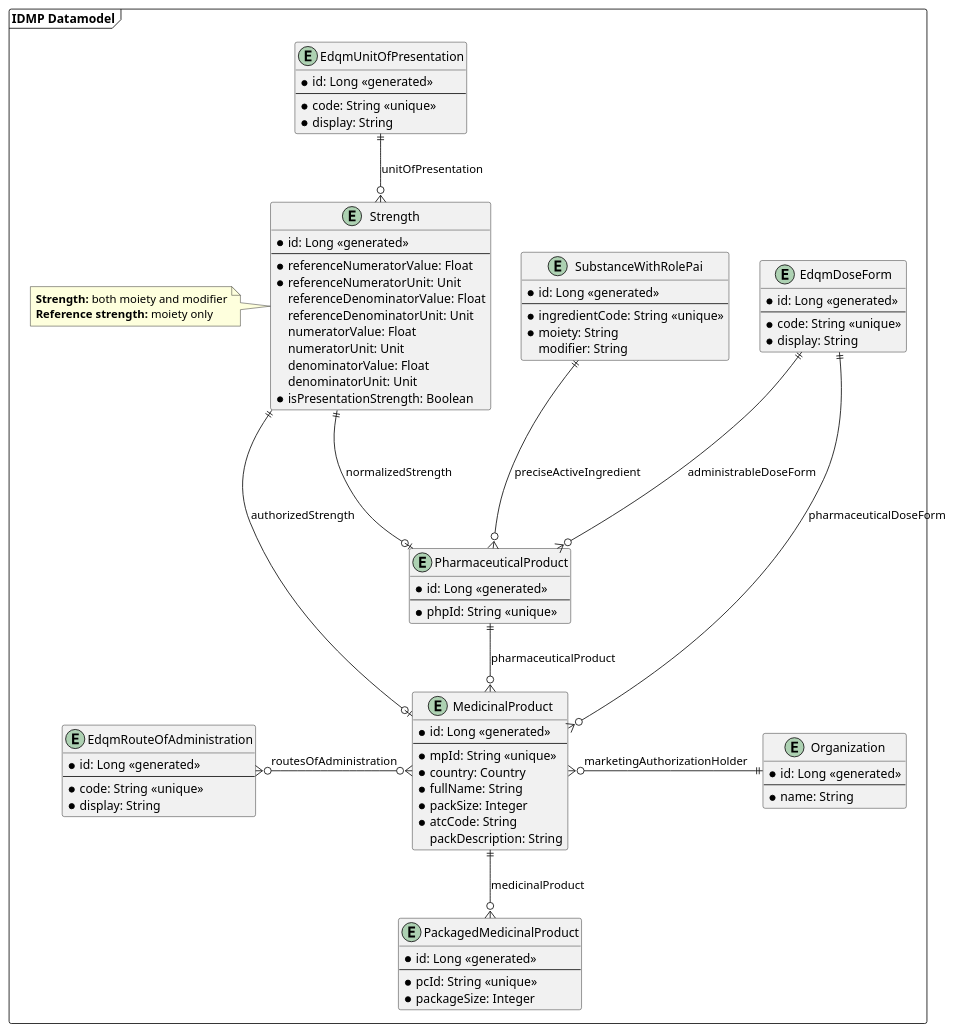
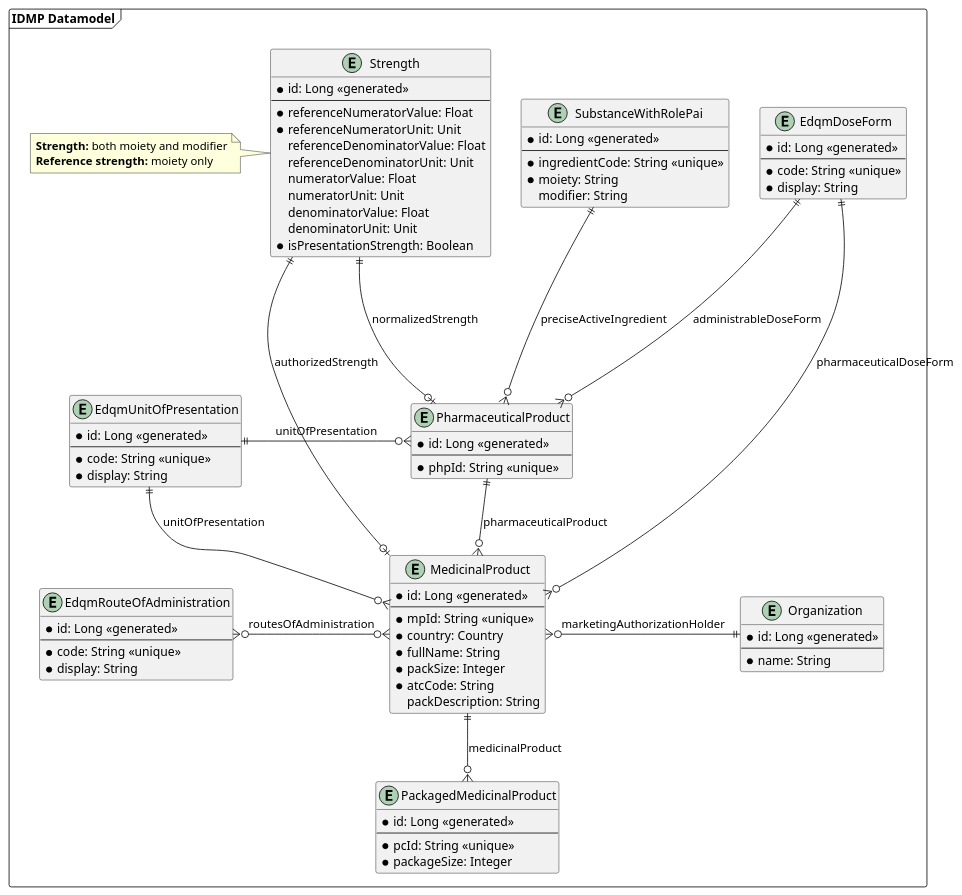
Before and after one commit to unicom-project-eu/wp6-db-api: the diagram in uml/class/datamodel.puml, drawn with PlantUML. The commit also changed 5 other files, not shown here.

Commit message:
Normalized unit of presentation relation

```diff
--- a/uml/class/datamodel.puml
+++ b/uml/class/datamodel.puml
@@ -1,99 +1,101 @@
 @startuml
 'https://plantuml.com/class-diagram
 
 package "IDMP Datamodel" as idmpDatamodel <<frame>> {
     entity EdqmRouteOfAdministration {
         * id: Long <<generated>>
         --
         * code: String <<unique>>
         * display: String
     }
 
     entity EdqmUnitOfPresentation {
         * id: Long <<generated>>
         --
         * code: String <<unique>>
         * display: String
     }
 
     together {
         entity EdqmDoseForm {
             * id: Long <<generated>>
             --
             * code: String <<unique>>
             * display: String
         }
 
         entity Strength {
             * id: Long <<generated>>
             --
             * referenceNumeratorValue: Float
             * referenceNumeratorUnit: Unit
             referenceDenominatorValue: Float
             referenceDenominatorUnit: Unit
             numeratorValue: Float
             numeratorUnit: Unit
             denominatorValue: Float
             denominatorUnit: Unit
             * isPresentationStrength: Boolean
         }
 
         entity SubstanceWithRolePai {
             * id: Long <<generated>>
             --
             * ingredientCode: String <<unique>>
             * moiety: String
             modifier: String
         }
 
         note left of Strength {
                     **Strength:** both moiety and modifier
                     **Reference strength:** moiety only
                 }
     }
 
     entity PharmaceuticalProduct {
         * id: Long <<generated>>
         --
         * phpId: String <<unique>>
     }
 
     entity MedicinalProduct {
         * id: Long <<generated>>
         --
         * mpId: String <<unique>>
         * country: Country
         * fullName: String
         * packSize: Integer
         * atcCode: String
         packDescription: String
     }
 
     entity PackagedMedicinalProduct {
         * id: Long <<generated>>
         --
         * pcId: String <<unique>>
         * packageSize: Integer
     }
 
     entity Organization {
         * id: Long <<generated>>
         --
         * name: String
     }
 
+    EdqmUnitOfPresentation ||-o{ PharmaceuticalProduct : unitOfPresentation
+    EdqmUnitOfPresentation ||--o{ MedicinalProduct : unitOfPresentation
+
     SubstanceWithRolePai ||---o{ PharmaceuticalProduct : preciseActiveIngredient
     EdqmDoseForm ||---o{ PharmaceuticalProduct : administrableDoseForm
     Strength ||---o| PharmaceuticalProduct : normalizedStrength
 
     PharmaceuticalProduct ||--o{ MedicinalProduct : pharmaceuticalProduct
 
     MedicinalProduct ||--o{ PackagedMedicinalProduct : medicinalProduct
     MedicinalProduct }o--|| EdqmDoseForm : pharmaceuticalDoseForm
     MedicinalProduct |o--|| Strength : authorizedStrength
     EdqmRouteOfAdministration }o-o{ MedicinalProduct : routesOfAdministration
-    EdqmUnitOfPresentation ||--o{ Strength: unitOfPresentation
 
     MedicinalProduct }o-|| Organization : marketingAuthorizationHolder
 }
 @enduml
```
